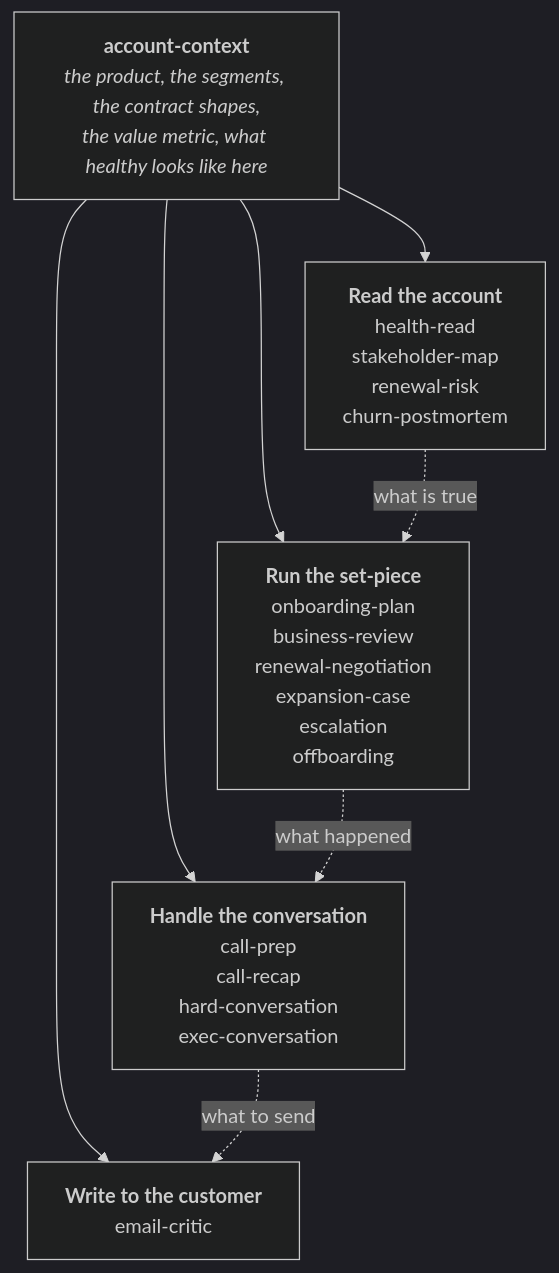
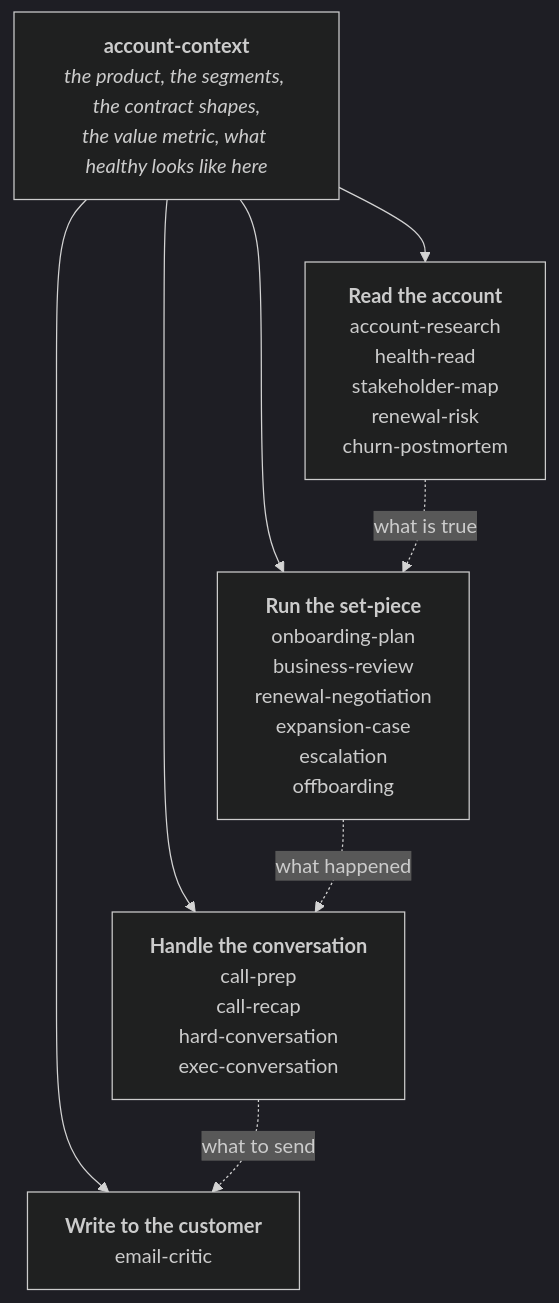
One commit to CSPulse/Skills changed the diagram in README.md. Above: the diagram before and after it, drawn with Mermaid (dark theme). The commit also changed other lines of this file and 6 other files, not shown here.

First line of the commit message:
Add account-research, completing the 'read the account' category

````diff
--- a/README.md
+++ b/README.md
@@ -31,13 +31,13 @@
 ```mermaid
 flowchart TB
     AC["<b>account-context</b><br/><i>the product, the segments, the contract shapes,<br/>the value metric, what healthy looks like here</i>"]
 
-    AC --> R["<b>Read the account</b><br/>health-read<br/>stakeholder-map<br/>renewal-risk<br/>churn-postmortem"]
+    AC --> R["<b>Read the account</b><br/>account-research<br/>health-read<br/>stakeholder-map<br/>renewal-risk<br/>churn-postmortem"]
     AC --> S["<b>Run the set-piece</b><br/>onboarding-plan<br/>business-review<br/>renewal-negotiation<br/>expansion-case<br/>escalation<br/>offboarding"]
     AC --> C["<b>Handle the conversation</b><br/>call-prep<br/>call-recap<br/>hard-conversation<br/>exec-conversation"]
     AC --> W["<b>Write to the customer</b><br/>email-critic"]
 
     R -.->|"what is true"| S
     S -.->|"what happened"| C
     C -.->|"what to send"| W
 ```
````
